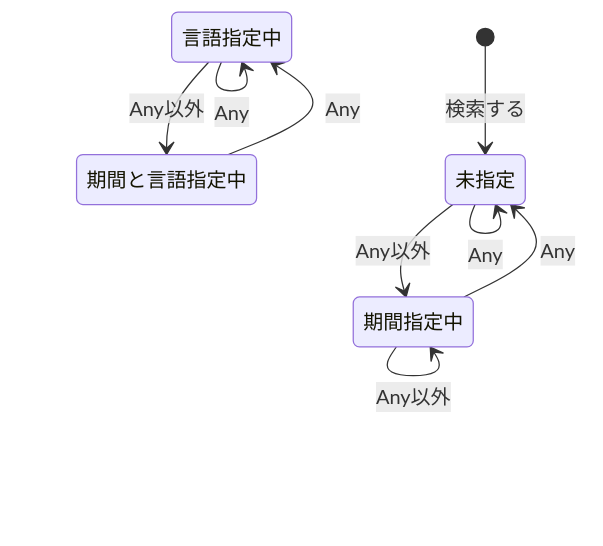
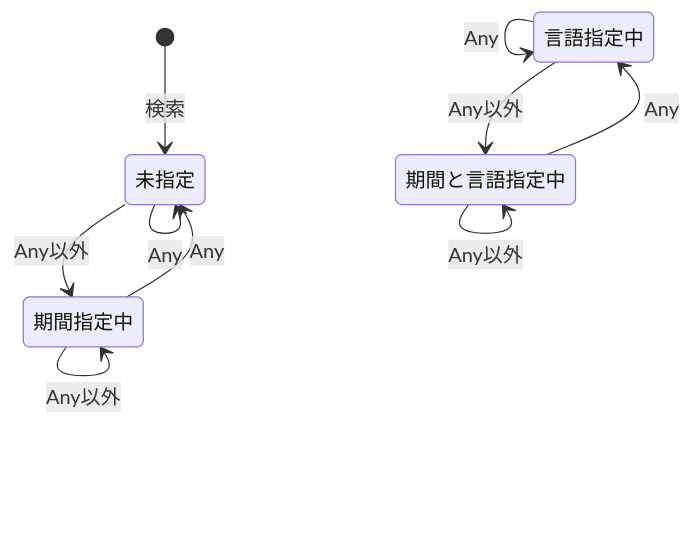
The first of 4 diagrams in docs/TEST.md (eetann/choomame), drawn with Mermaid before and after one commit. The commit also changed other lines of this file, not shown here.

````diff
--- a/docs/TEST.md
+++ b/docs/TEST.md
@@ -23,15 +21,16 @@
 ```mermaid
 stateDiagram-v2
   state "未指定" as Normal
   state "期間指定中" as Times
   state "言語指定中" as Languages
   state "期間と言語指定中" as TnL
-  [*] --> Normal : 検索する
+  [*] --> Normal : 検索
   Normal --> Times: Any以外
   Normal --> Normal: Any
   Times --> Times: Any以外
   Times --> Normal: Any
   Languages --> Languages: Any
   Languages --> TnL: Any以外
   TnL --> Languages: Any
+  TnL --> TnL: Any以外
 ```
````
